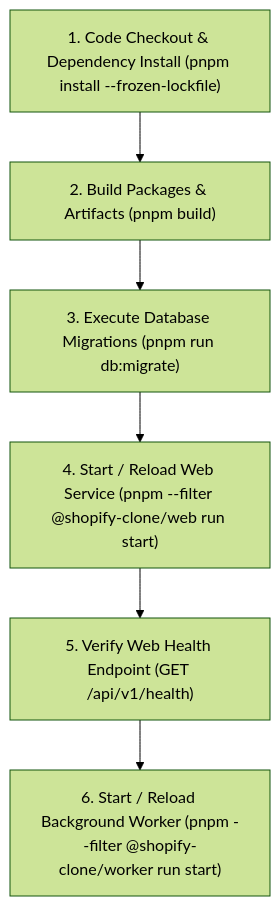
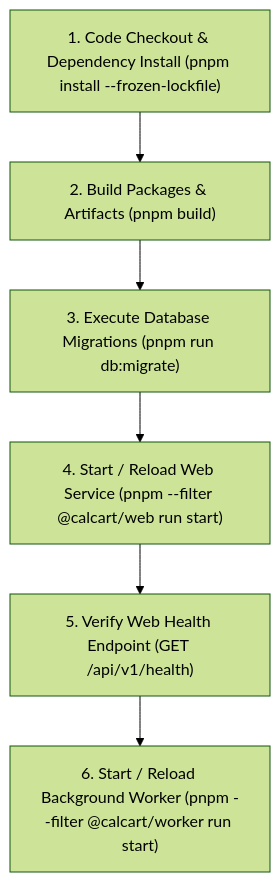
One commit to Aashif786/shopify_clone changed the diagram in docs/deployment/staging-deployment-guide.md. Above: the diagram before and after it, drawn with Mermaid (forest theme). The commit also changed other lines of this file and 576 other files, not shown here.

````diff
--- a/docs/deployment/staging-deployment-guide.md
+++ b/docs/deployment/staging-deployment-guide.md
@@ -78,8 +78,8 @@
 ```mermaid
 flowchart TD
     A["1. Code Checkout & Dependency Install (pnpm install --frozen-lockfile)"] --> B["2. Build Packages & Artifacts (pnpm build)"]
     B --> C["3. Execute Database Migrations (pnpm run db:migrate)"]
-    C --> D["4. Start / Reload Web Service (pnpm --filter @shopify-clone/web run start)"]
+    C --> D["4. Start / Reload Web Service (pnpm --filter @calcart/web run start)"]
     D --> E["5. Verify Web Health Endpoint (GET /api/v1/health)"]
-    E --> F["6. Start / Reload Background Worker (pnpm --filter @shopify-clone/worker run start)"]
+    E --> F["6. Start / Reload Background Worker (pnpm --filter @calcart/worker run start)"]
 ```
````
